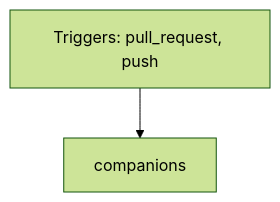
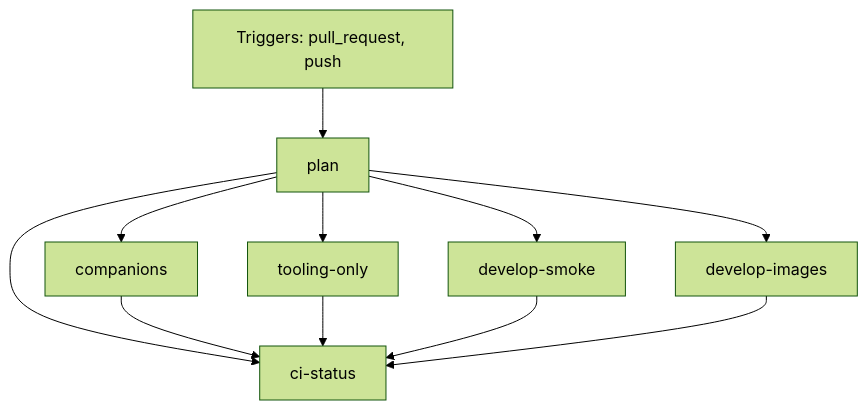
One commit to FrenchExDev2/QuietCli.PoSh changed the diagram in docs/ci/github/script-companions-ci.md. Above: the diagram before and after it, drawn with Mermaid (forest theme). The commit also changed other lines of this file and 116 other files, not shown here.

```diff
--- a/docs/ci/github/script-companions-ci.md
+++ b/docs/ci/github/script-companions-ci.md
@@ -20,6 +34,20 @@
 ~~~mermaid
 flowchart TD
     event["Triggers: pull_request, push"]
+    job_ci_status["ci-status"]
     job_companions["companions"]
-    event --> job_companions
+    job_develop_images["develop-images"]
+    job_develop_smoke["develop-smoke"]
+    job_plan["plan"]
+    job_tooling_only["tooling-only"]
+    job_plan --> job_ci_status
+    job_companions --> job_ci_status
+    job_tooling_only --> job_ci_status
+    job_develop_smoke --> job_ci_status
+    job_develop_images --> job_ci_status
+    job_plan --> job_companions
+    job_plan --> job_develop_images
+    job_plan --> job_develop_smoke
+    event --> job_plan
+    job_plan --> job_tooling_only
 ~~~
```
